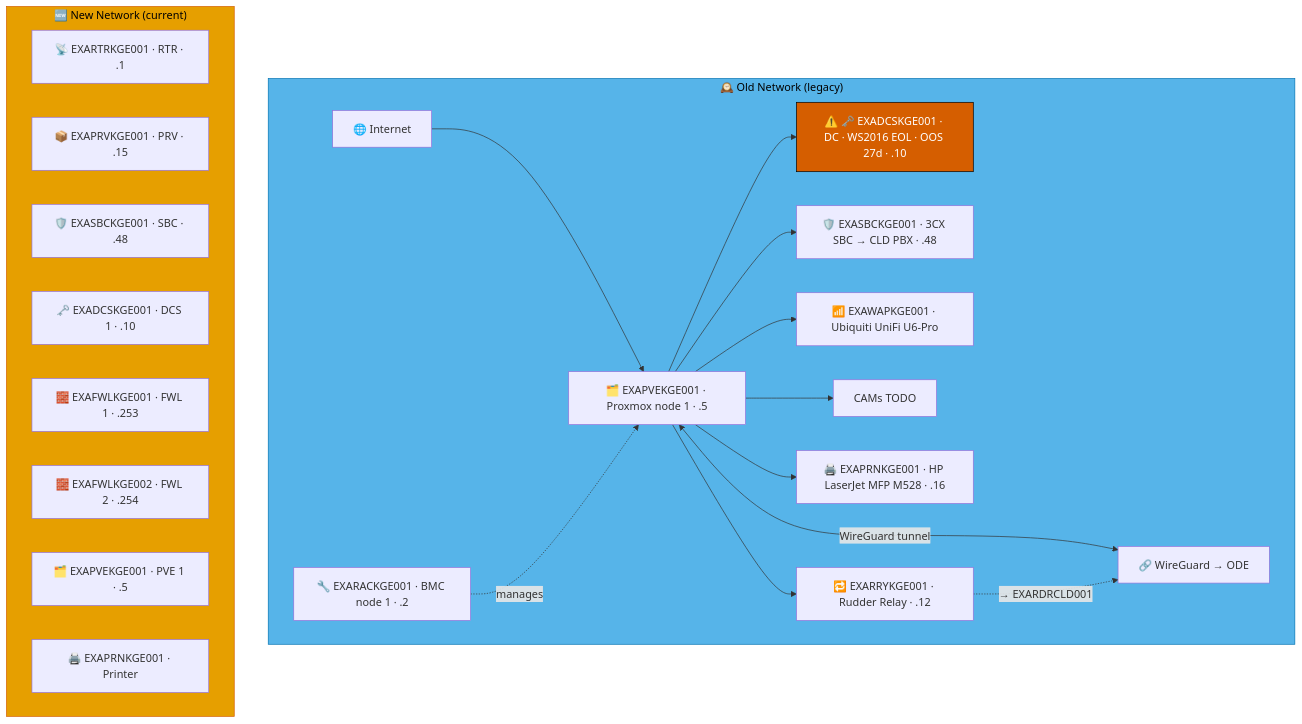
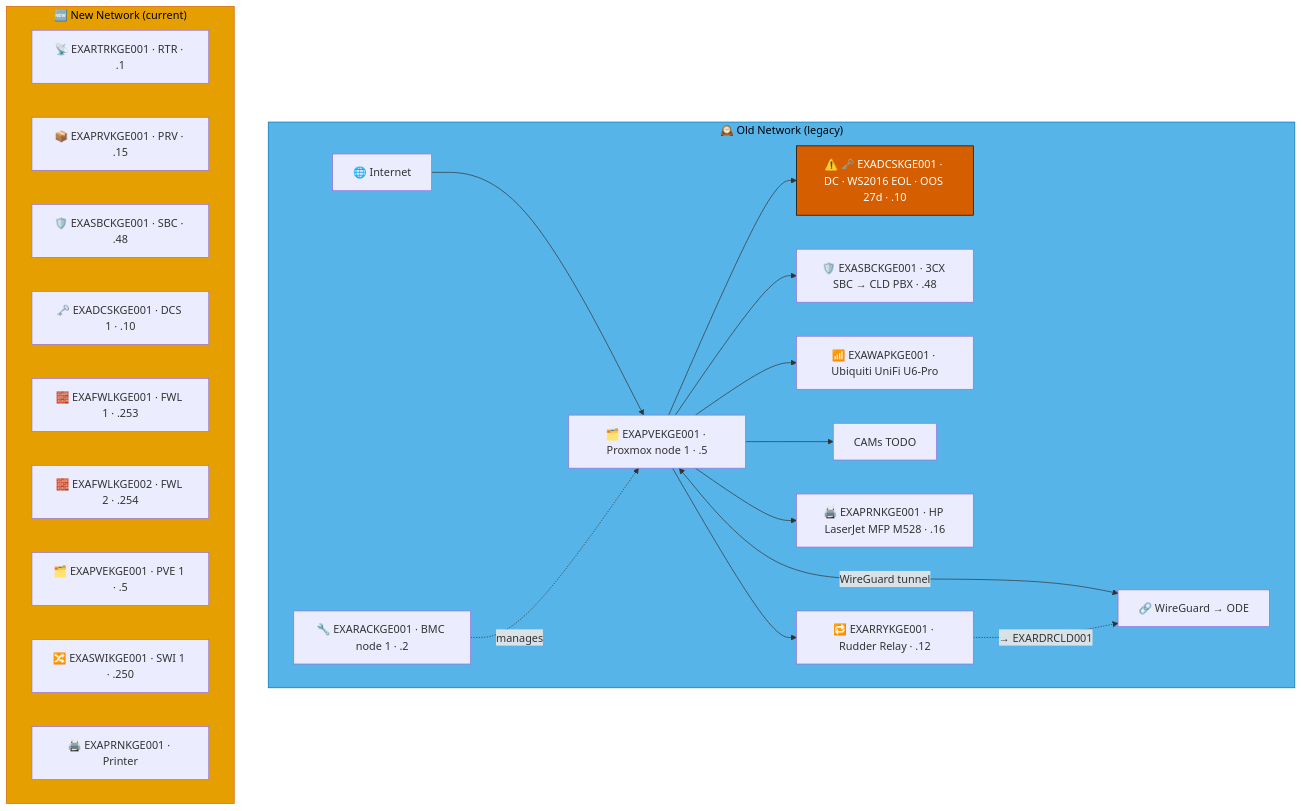
One commit to knightmare2600/example_music_infra changed the third of 9 diagrams in docs/network-diagram/danmark.md. Above: the diagram before and after it, drawn with Mermaid. The commit also changed other lines of this file and 12 other files, not shown here.

````diff
--- a/docs/network-diagram/danmark.md
+++ b/docs/network-diagram/danmark.md
@@ -139,39 +140,40 @@
 ```mermaid
 graph TD
     subgraph OLD_KGE ["🕰️ Old Network (legacy)"]
       INET["🌐 Internet"]
       RAC["🔧 EXARACKGE001 · BMC node 1 · .2"]
       PVE["🗂️ EXAPVEKGE001 · Proxmox node 1 · .5"]
       DC["⚠️ 🗝️ EXADCSKGE001 · DC · WS2016 EOL · OOS 27d · .10"]
       SBC["🛡️ EXASBCKGE001 · 3CX SBC → CLD PBX · .48"]
       RRY["🔁 EXARRYKGE001 · Rudder Relay · .12"]
       WAP["📶 EXAWAPKGE001 · Ubiquiti UniFi U6-Pro"]
       CAM["CAMs TODO"]
       PRN["🖨️ EXAPRNKGE001 · HP LaserJet MFP M528 · .16"]
       VPN["🔗 WireGuard → ODE"]
 
       INET --> PVE --> DC & SBC
       RAC -.->|"manages"| PVE
       PVE --> WAP & CAM & PRN
       PVE <-->|"WireGuard tunnel"| VPN
 
       PVE --> RRY
       RRY -. "→ EXARDRCLD001" .-> VPN
     end
     style OLD_KGE fill:#56B4E9,stroke:#0072B2,color:#000000
     %% GENERATED:NEW-NETWORK:KGE:START
     subgraph NEW_KGE ["🆕 New Network (current)"]
       N_RTR["📡 EXARTRKGE001 · RTR · .1"]
       N_PRV["📦 EXAPRVKGE001 · PRV · .15"]
       N_SBC["🛡️ EXASBCKGE001 · SBC · .48"]
       N_DCS["🗝️ EXADCSKGE001 · DCS 1 · .10"]
       N_FWL["🧱 EXAFWLKGE001 · FWL 1 · .253"]
       N_FWL2["🧱 EXAFWLKGE002 · FWL 2 · .254"]
       N_PVE["🗂️ EXAPVEKGE001 · PVE 1 · .5"]
+      N_SWI["🔀 EXASWIKGE001 · SWI 1 · .250"]
       N_PRN["🖨️ EXAPRNKGE001 · Printer"]
     end
     style NEW_KGE fill:#E69F00,stroke:#D55E00,color:#000000
     %% GENERATED:NEW-NETWORK:KGE:END
     classDef warn fill:#D55E00,stroke:#000000,color:#ffffff
     class DC warn
 ```
````
